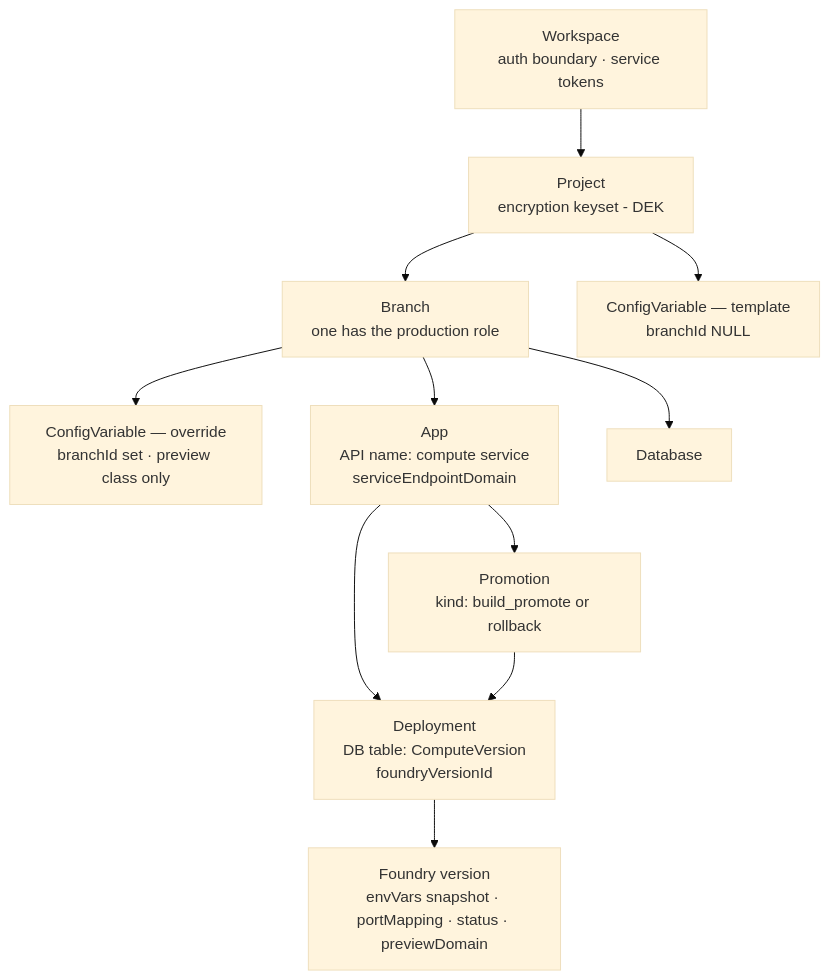
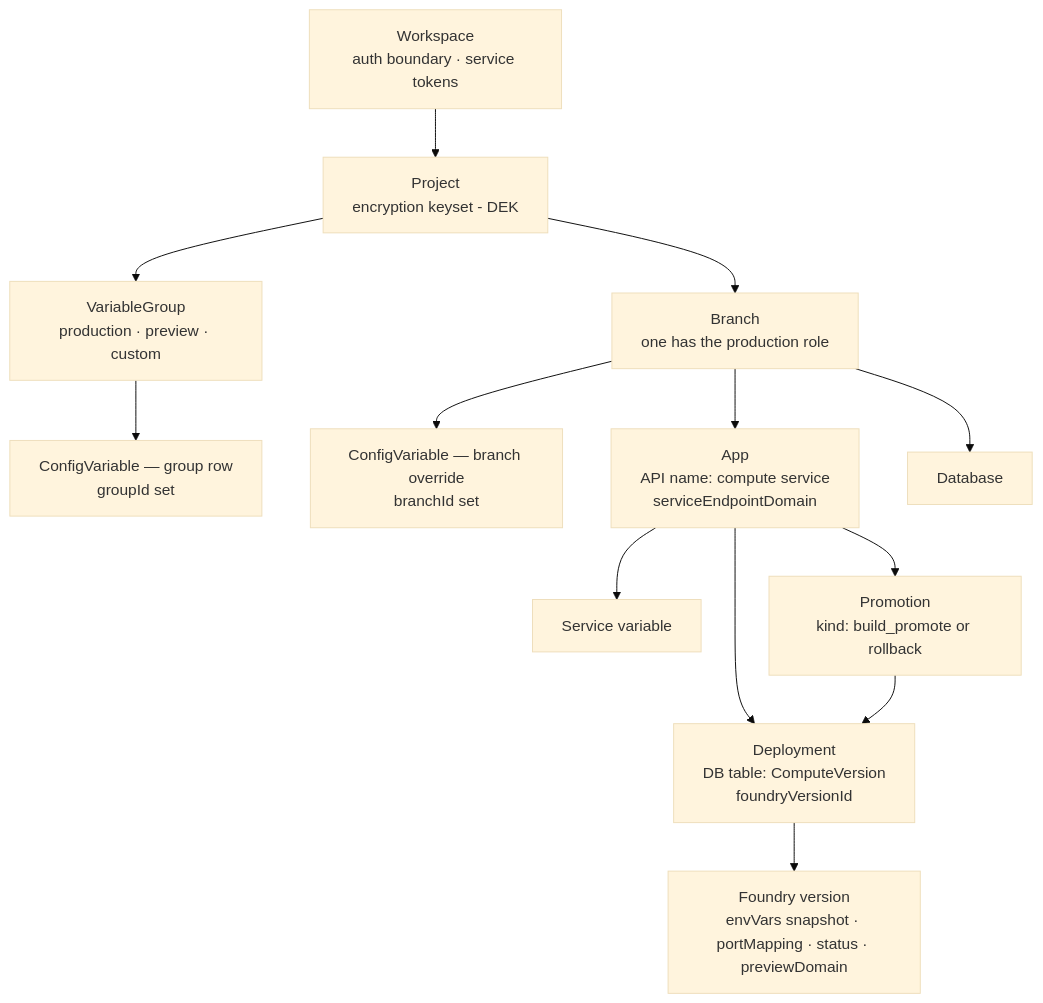
The diagram in docs/design/05-prisma-cloud/pdp-data-model.md (prisma/composer), drawn with Mermaid (base theme) before and after one commit. The commit also changed other lines of this file and 7 other files, not shown here.

````diff
--- a/docs/design/05-prisma-cloud/pdp-data-model.md
+++ b/docs/design/05-prisma-cloud/pdp-data-model.md
@@ -12,24 +12,28 @@
 ```mermaid
 flowchart TB
   WS[Workspace<br/>auth boundary · service tokens]
   P[Project<br/>encryption keyset - DEK]
   B[Branch<br/>one has the production role]
-  CVT[ConfigVariable — template<br/>branchId NULL]
-  CVO[ConfigVariable — override<br/>branchId set · preview class only]
+  VG[VariableGroup<br/>production · preview · custom]
+  CVG[ConfigVariable — group row<br/>groupId set]
+  CVO[ConfigVariable — branch override<br/>branchId set]
+  SV[Service variable]
   A[App<br/>API name: compute service<br/>serviceEndpointDomain]
   DB[Database]
   D[Deployment<br/>DB table: ComputeVersion<br/>foundryVersionId]
   PR[Promotion<br/>kind: build_promote or rollback]
   FV[Foundry version<br/>envVars snapshot · portMapping · status · previewDomain]
 
   WS --> P
   P --> B
-  P --> CVT
+  P --> VG
+  VG --> CVG
   B --> CVO
   B --> A
   B --> DB
+  A --> SV
   A --> D
   A --> PR
   PR --> D
   D --> FV
 ```
````
